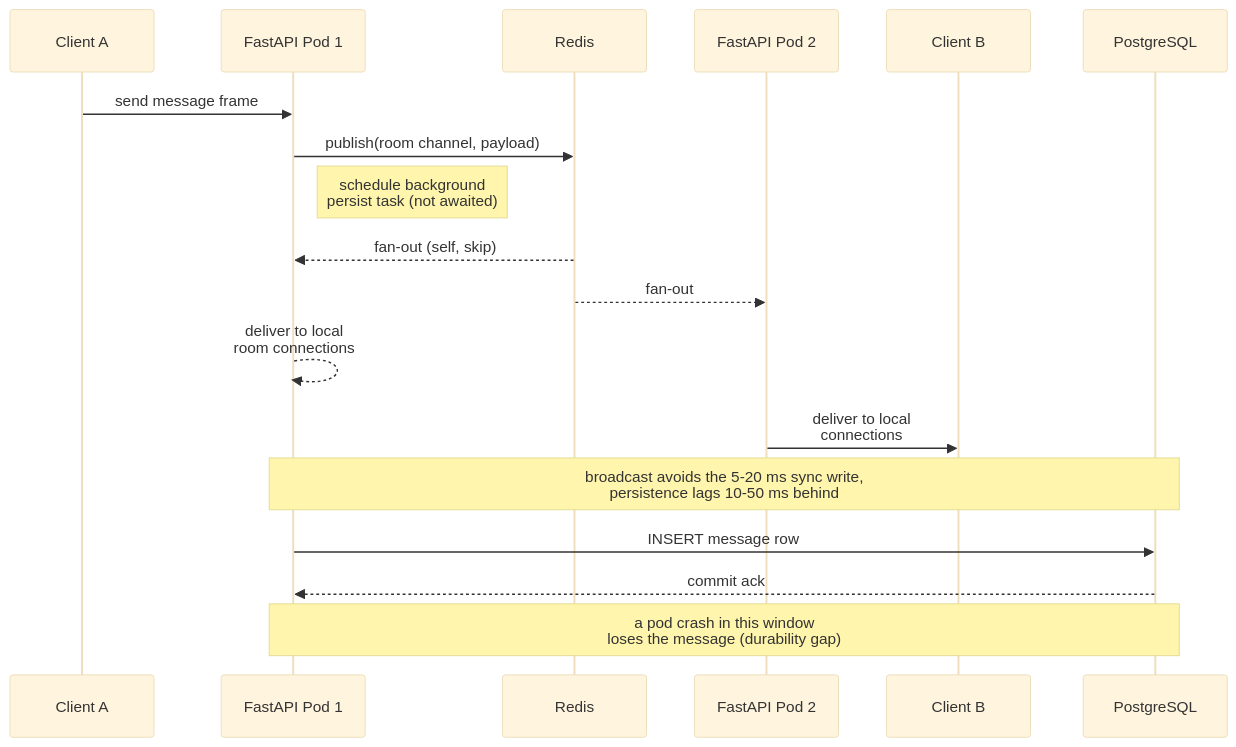
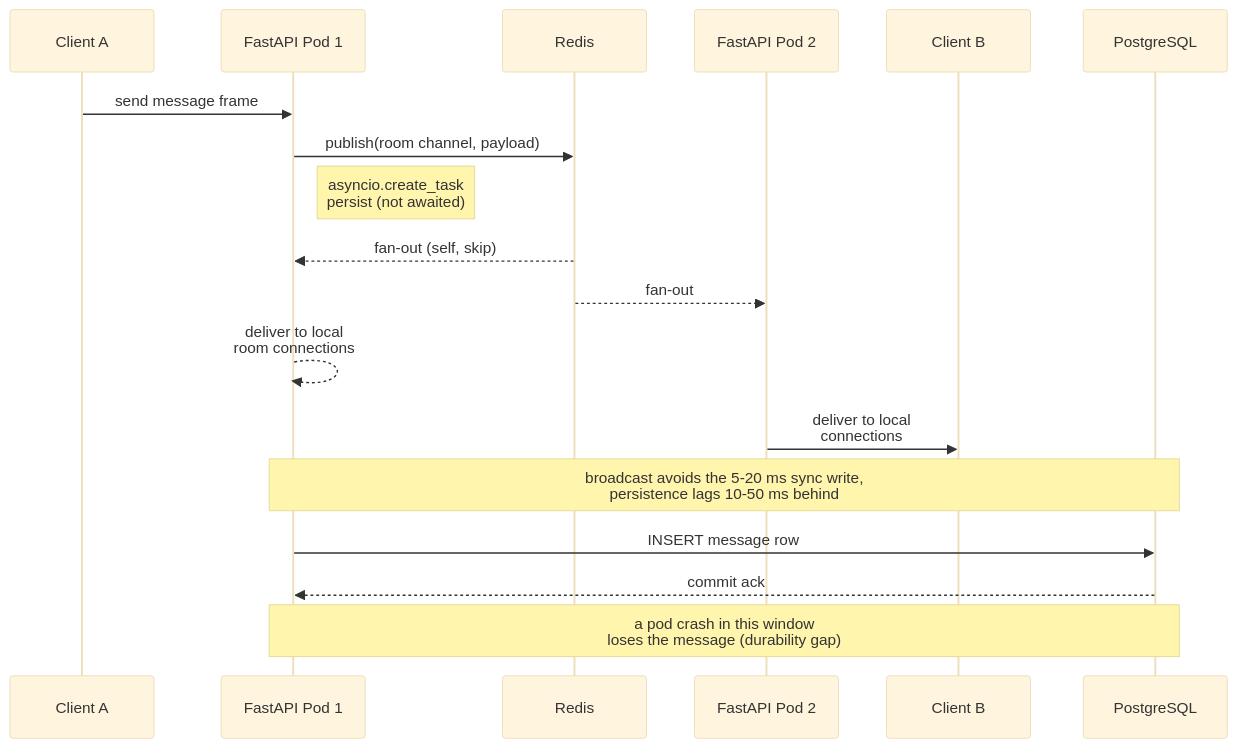
Before and after one commit to rppol/system-design: the third of 4 diagrams in src/main/java/com/rutik/systemdesign/fastapi/case_studies/design_realtime_chat_fastapi.md, drawn with Mermaid (base theme). The commit also changed other lines of this file and 3 other files, not shown here.

````diff
--- a/src/main/java/com/rutik/systemdesign/fastapi/case_studies/design_realtime_chat_fastapi.md
+++ b/src/main/java/com/rutik/systemdesign/fastapi/case_studies/design_realtime_chat_fastapi.md
@@ -111,21 +113,21 @@
 ```mermaid
 sequenceDiagram
     participant CA as Client A
     participant P1 as FastAPI Pod 1
     participant R as Redis
     participant P2 as FastAPI Pod 2
     participant CB as Client B
     participant DB as PostgreSQL
 
     CA->>P1: send message frame
     P1->>R: publish(room channel, payload)
-    Note right of P1: schedule background<br/>persist task (not awaited)
+    Note right of P1: asyncio.create_task<br/>persist (not awaited)
     R-->>P1: fan-out (self, skip)
     R-->>P2: fan-out
     P1-->>P1: deliver to local<br/>room connections
     P2->>CB: deliver to local<br/>connections
     Note over P1,DB: broadcast avoids the 5-20 ms sync write,<br/>persistence lags 10-50 ms behind
     P1->>DB: INSERT message row
     DB-->>P1: commit ack
     Note over P1,DB: a pod crash in this window<br/>loses the message (durability gap)
 ```
````
